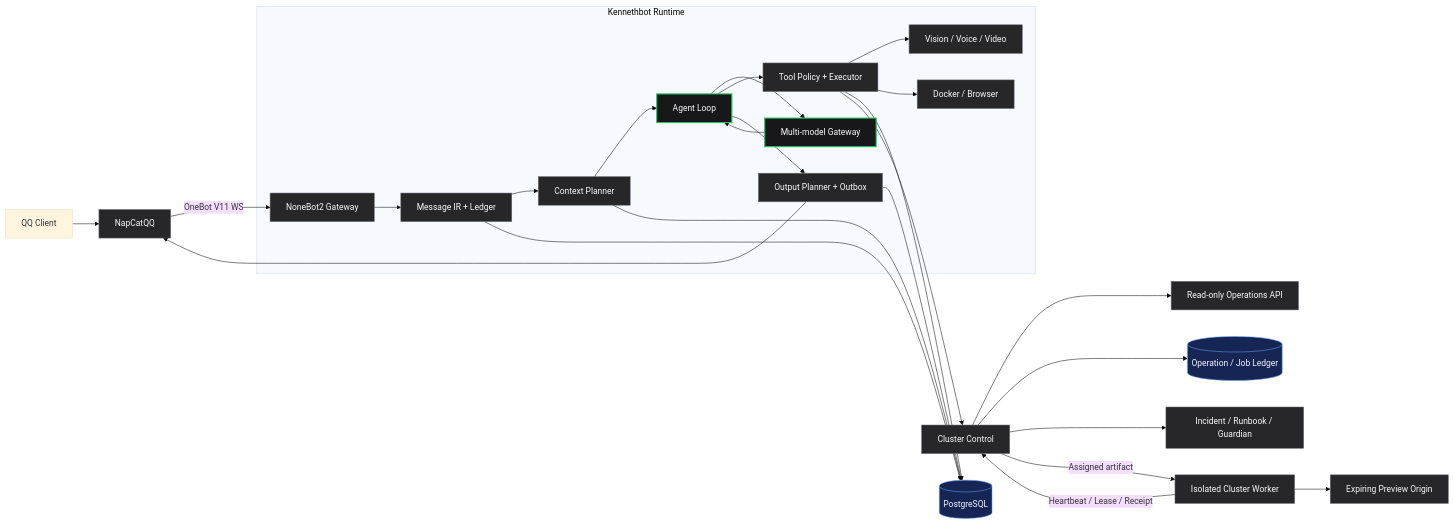
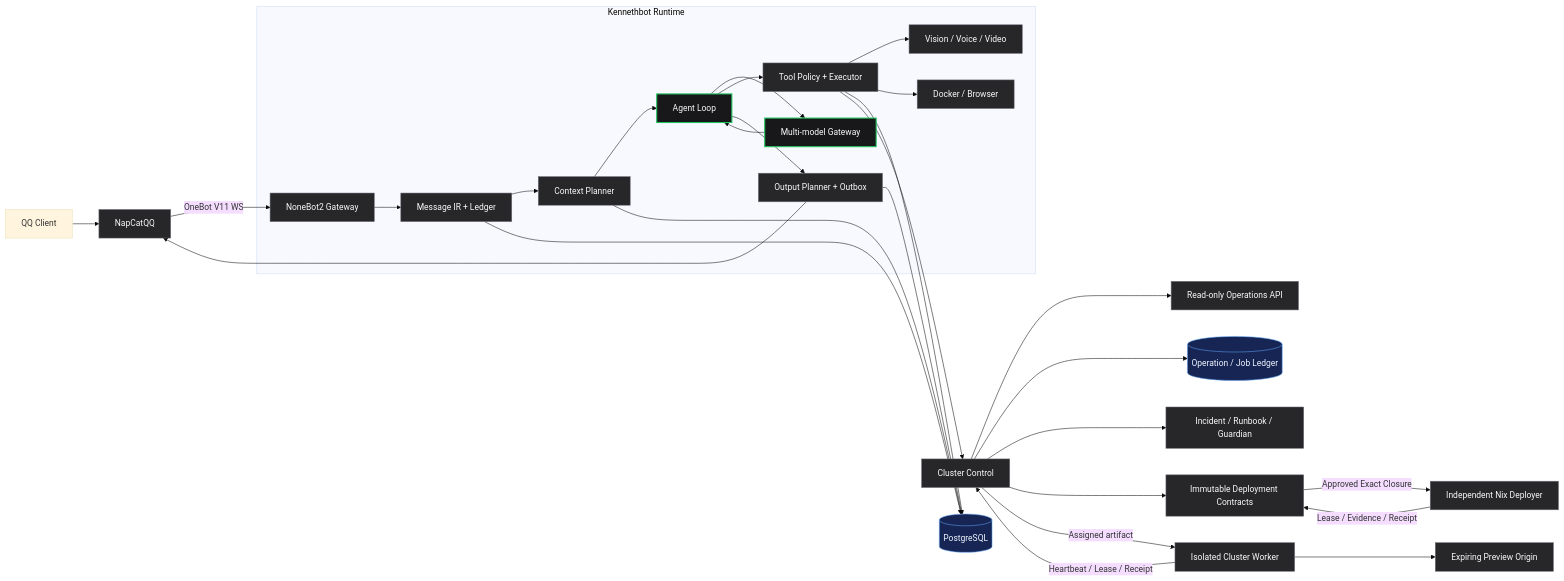
The diagram in README.md (zty20040403/chat-bot), drawn with Mermaid (base theme) before and after one commit. The commit also changed other lines of this file and 34 other files, not shown here.

````diff
--- a/README.md
+++ b/README.md
@@ -76,37 +80,40 @@
 ```mermaid
 flowchart LR
     QQ[QQ Client] --> NC[NapCatQQ]
     NC -->|OneBot V11 WS| NB[NoneBot2 Gateway]
 
     subgraph Runtime[Kennethbot Runtime]
         NB --> IR[Message IR + Ledger]
         IR --> CTX[Context Planner]
         CTX --> AGENT[Agent Loop]
         AGENT --> LLM[Multi-model Gateway]
         LLM --> AGENT
         AGENT --> TOOLS[Tool Policy + Executor]
         TOOLS --> MEDIA[Vision / Voice / Video]
         TOOLS --> BOX[Docker / Browser]
         AGENT --> OUT[Output Planner + Outbox]
     end
 
     IR --> PG[(PostgreSQL)]
     CTX --> PG
     TOOLS --> PG
     OUT --> PG
     OUT --> NC
     TOOLS --> CC[Cluster Control]
     CC --> OPS[Read-only Operations API]
     CC --> QUEUE[(Operation / Job Ledger)]
     CC --> MEMORY[Incident / Runbook / Guardian]
+    CC --> DEPLOY[Immutable Deployment Contracts]
     CW[Isolated Cluster Worker] -->|Heartbeat / Lease / Receipt| CC
     CC -->|Assigned artifact| CW
     CW --> PREVIEW[Expiring Preview Origin]
+    CD[Independent Nix Deployer] -->|Lease / Evidence / Receipt| DEPLOY
+    DEPLOY -->|Approved Exact Closure| CD
 
     classDef core fill:#18181b,stroke:#22c55e,color:#fafafa,stroke-width:2px;
     classDef service fill:#27272a,stroke:#71717a,color:#fafafa;
     classDef data fill:#172554,stroke:#60a5fa,color:#eff6ff;
     class AGENT,LLM core;
-    class NC,NB,IR,CTX,TOOLS,MEDIA,BOX,OUT,CC,OPS,CW,PREVIEW,MEMORY service;
+    class NC,NB,IR,CTX,TOOLS,MEDIA,BOX,OUT,CC,OPS,CW,PREVIEW,MEMORY,DEPLOY,CD service;
     class PG,QUEUE data;
 ```
````
